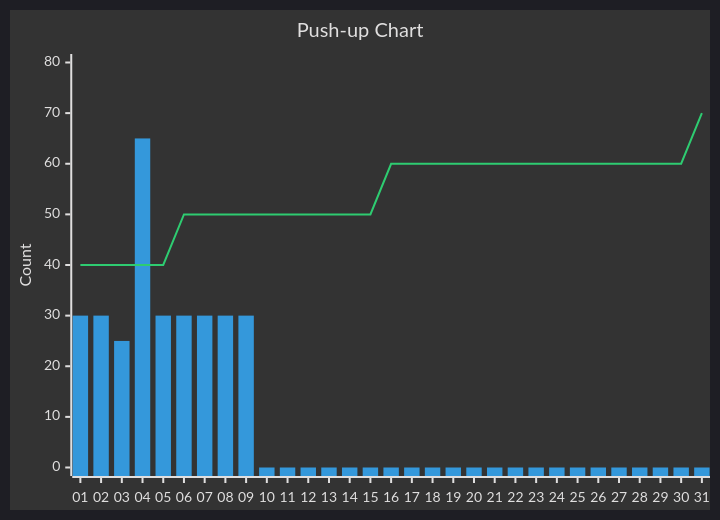
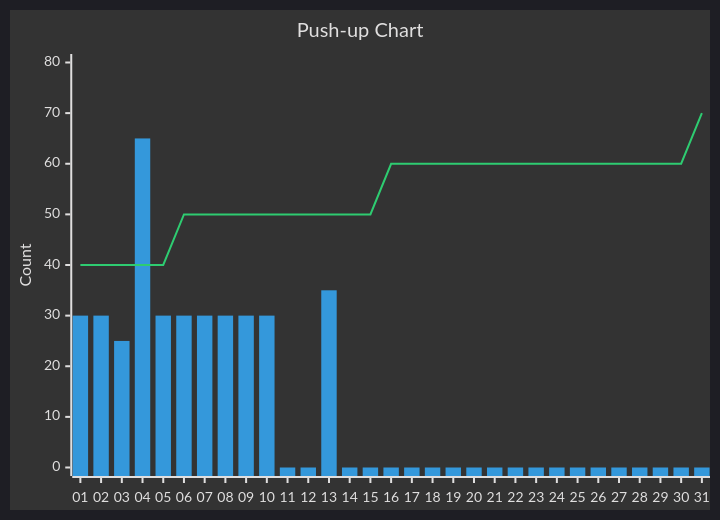
Before and after one commit to dothanhdathp/taddocs: the first of 2 diagrams in docs/Diary/2025/month-7.md, drawn with Mermaid. The commit also changed other lines of this file and 1212 other files, not shown here.

````diff
--- a/docs/Diary/2025/month-7.md
+++ b/docs/Diary/2025/month-7.md
@@ -17,11 +17,11 @@
     ```mermaid
     %%{init: {'theme':'dark'}}%%
     xychart-beta
         title "Push-up Chart"
         x-axis [01,02,03,04,05, 06,07,08,09,10, 11,12,13,14,15, 16,17,18,19,20, 21,22,23,24,25, 26,27,28,29,30, 31]
         y-axis "Count" 0 --> 80
 
         %% Day [01,02,03,04,05, 06,07,08,09,10, 11,12,13,14,15, 16,17,18,19,20, 21,22,23,24,25, 26,27,28,29,30, 31]
-        bar    [30,30,25,65,30, 30,30,30,30,00, 00,00,00,00,00, 00,00,00,00,00, 00,00,00,00,00, 00,00,00,00,00, 00]
+        bar    [30,30,25,65,30, 30,30,30,30,30, 00,00,35,00,00, 00,00,00,00,00, 00,00,00,00,00, 00,00,00,00,00, 00]
         line   [40,40,40,40,40, 50,50,50,50,50, 50,50,50,50,50, 60,60,60,60,60, 60,60,60,60,60, 60,60,60,60,60, 70]
     ```
````
